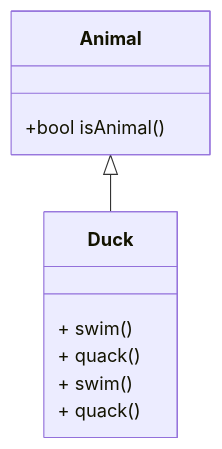
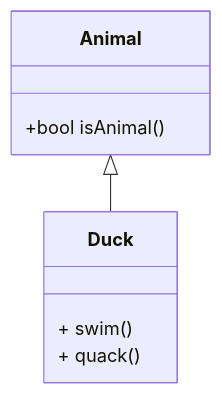
Before and after one commit to hasii2011/pyutplugins: the diagram in tests/resources/testdata/mermaidgolden/MermaidInheritance.md, drawn with Mermaid. The commit also changed 10 other files, not shown here.

First line of the commit message:
<Mermaid>[Plugins]: <Simple Ogl Aggregation Works>

````diff
--- a/tests/resources/testdata/mermaidgolden/MermaidInheritance.md
+++ b/tests/resources/testdata/mermaidgolden/MermaidInheritance.md
@@ -1,19 +1,12 @@
 ```mermaid
 classDiagram
     %% Links follow
     Animal<|--Duck
     class Animal { 
         +bool isAnimal()
-}
-
+    }
     class Duck { 
         + swim()
         + quack()
-}
-
-    class Duck { 
-        + swim()
-        + quack()
-}
-
+    }
 ```
````
